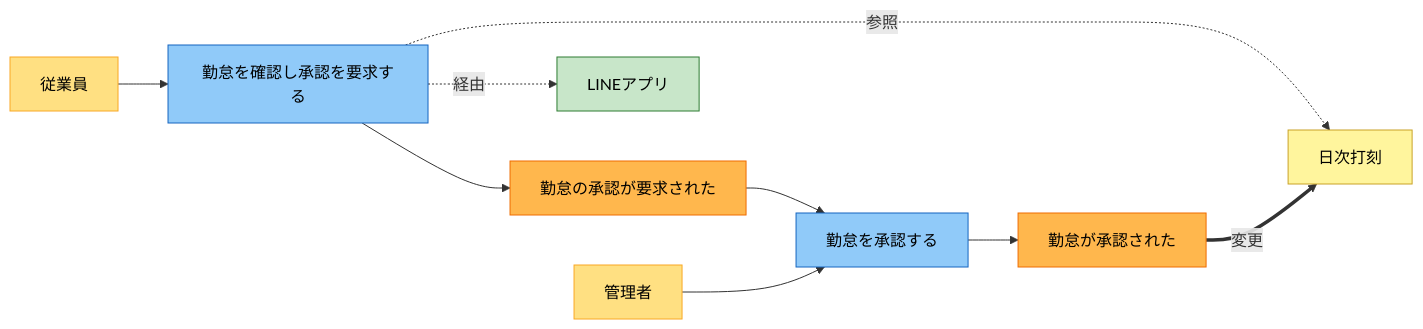
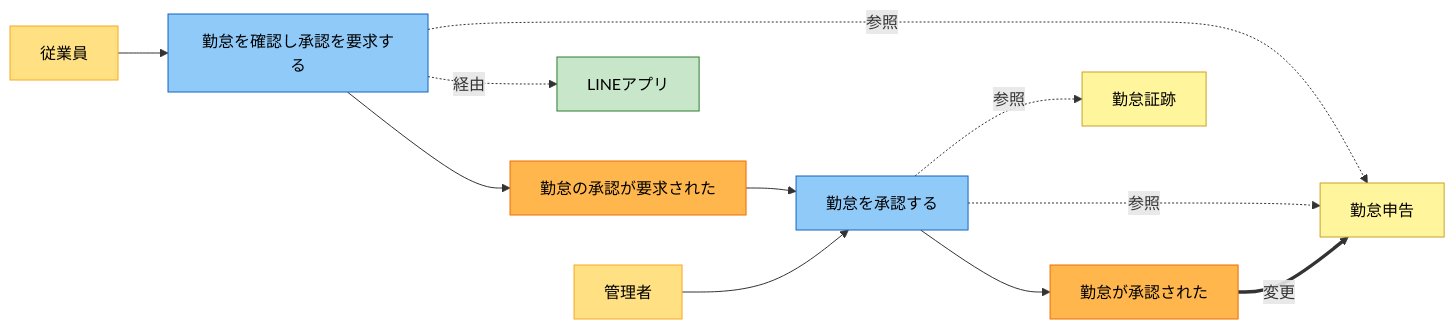
The fourth of 16 diagrams in rdra/analysis.md (junichi1225-lang/Payroll-Admin), drawn with Mermaid before and after one commit. The commit also changed other lines of this file and 1 other file, not shown here.

````diff
--- a/rdra/analysis.md
+++ b/rdra/analysis.md
@@ -246,25 +249,28 @@
 ```mermaid
 flowchart LR
   emp["従業員"]:::actor
   ope["管理者"]:::actor
   line["LINEアプリ"]:::external
   cmd1["勤怠を確認し承認を要求する"]:::command
   evt1["勤怠の承認が要求された"]:::event
   cmd2["勤怠を承認する"]:::command
   evt2["勤怠が承認された"]:::event
-  tc["日次打刻"]:::entity
+  claim["勤怠申告"]:::entity
+  ev["勤怠証跡"]:::entity
 
   emp --> cmd1
   cmd1 -.経由.-> line
-  cmd1 -.参照.-> tc
+  cmd1 -.参照.-> claim
   cmd1 --> evt1
   evt1 --> cmd2
   ope --> cmd2 --> evt2
-  evt2 ==変更==> tc
+  cmd2 -.参照.-> claim
+  cmd2 -.参照.-> ev
+  evt2 ==変更==> claim
 
   classDef actor fill:#FFE082,stroke:#F9A825,color:#000
   classDef command fill:#90CAF9,stroke:#1565C0,color:#000
   classDef event fill:#FFB74D,stroke:#EF6C00,color:#000
   classDef entity fill:#FFF59D,stroke:#C9A227,color:#000
   classDef external fill:#C8E6C9,stroke:#2E7D32,color:#000
 ```
````
